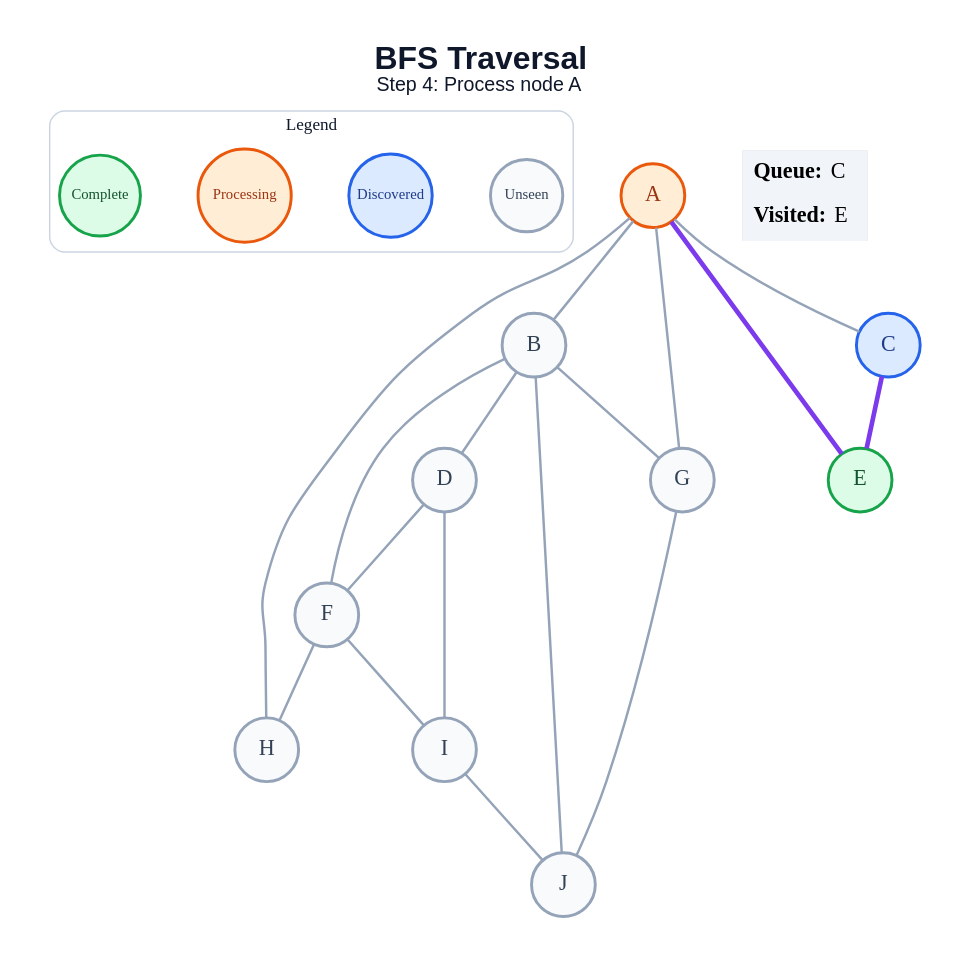
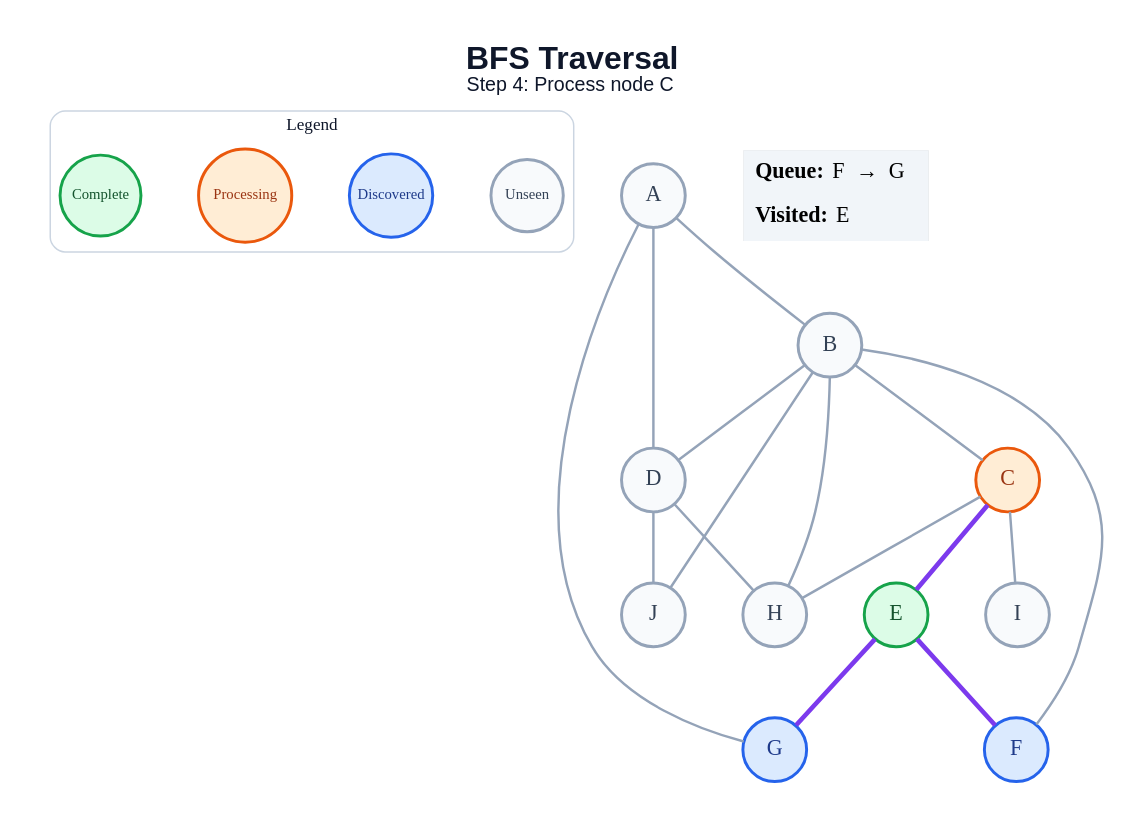
The diagram in generated/specific-node/bfs/step_04.dot (amanghodawala9/ai-slop), drawn with Graphviz before and after one commit. The commit also changed 178 other files, not shown here.

```diff
--- a/generated/specific-node/bfs/step_04.dot
+++ b/generated/specific-node/bfs/step_04.dot
@@ -1,45 +1,44 @@
 graph traversal {
   graph [layout=dot, rankdir=TB, bgcolor="#FFFFFF", pad="0.35", nodesep="0.65", ranksep="0.8", fontname="Arial"];
   node [shape=circle, style="filled", fontname="Arial Bold", fontsize=18, width=0.72, fixedsize=true, penwidth=2.4];
   edge [color="#94A3B8", penwidth=2.0];
-  label=<<B>BFS Traversal</B><BR/><FONT POINT-SIZE="16">Step 4: Process node A</FONT>>; labelloc="t"; fontsize=26; fontname="Arial"; fontcolor="#0F172A";
+  label=<<B>BFS Traversal</B><BR/><FONT POINT-SIZE="16">Step 4: Process node C</FONT>>; labelloc="t"; fontsize=26; fontname="Arial"; fontcolor="#0F172A";
   subgraph cluster_legend { label="Legend"; color="#CBD5E1"; penwidth=1.2; style="rounded"; fontsize=14; fontname="Arial Bold";
     key_unseen [label="Unseen", fillcolor="#F8FAFC", color="#94A3B8", fontcolor="#334155", fontsize=12, width=0.82];
     key_frontier [label="Discovered", fillcolor="#DBEAFE", color="#2563EB", fontcolor="#1E3A8A", fontsize=12, width=0.95];
     key_current [label="Processing", fillcolor="#FFEDD5", color="#EA580C", fontcolor="#9A3412", fontsize=12, width=1.05];
     key_done [label="Complete", fillcolor="#DCFCE7", color="#16A34A", fontcolor="#14532D", fontsize=12, width=0.92];
     { rank=same; key_unseen; key_frontier; key_current; key_done; }
   }
-  A [fillcolor="#FFEDD5", color="#EA580C", fontcolor="#9A3412"];
+  A [fillcolor="#F8FAFC", color="#94A3B8", fontcolor="#334155"];
   B [fillcolor="#F8FAFC", color="#94A3B8", fontcolor="#334155"];
-  C [fillcolor="#DBEAFE", color="#2563EB", fontcolor="#1E3A8A"];
+  C [fillcolor="#FFEDD5", color="#EA580C", fontcolor="#9A3412"];
   D [fillcolor="#F8FAFC", color="#94A3B8", fontcolor="#334155"];
   E [fillcolor="#DCFCE7", color="#16A34A", fontcolor="#14532D"];
-  F [fillcolor="#F8FAFC", color="#94A3B8", fontcolor="#334155"];
-  G [fillcolor="#F8FAFC", color="#94A3B8", fontcolor="#334155"];
+  F [fillcolor="#DBEAFE", color="#2563EB", fontcolor="#1E3A8A"];
+  G [fillcolor="#DBEAFE", color="#2563EB", fontcolor="#1E3A8A"];
   H [fillcolor="#F8FAFC", color="#94A3B8", fontcolor="#334155"];
   I [fillcolor="#F8FAFC", color="#94A3B8", fontcolor="#334155"];
   J [fillcolor="#F8FAFC", color="#94A3B8", fontcolor="#334155"];
   A -- B;
-  A -- C;
-  A -- E [color="#7C3AED", penwidth=3.8];
+  A -- D;
   A -- G;
-  A -- H;
+  B -- C;
   B -- D;
   B -- F;
-  B -- G;
+  B -- H;
   B -- J;
   C -- E [color="#7C3AED", penwidth=3.8];
-  D -- F;
-  D -- I;
-  F -- H;
-  F -- I;
-  G -- J;
-  I -- J;
+  C -- H;
+  C -- I;
+  D -- H;
+  D -- J;
+  E -- F [color="#7C3AED", penwidth=3.8];
+  E -- G [color="#7C3AED", penwidth=3.8];
   status [shape=plain, fixedsize=false, width=0, height=0, margin=0, label=<
     <TABLE BORDER="0" CELLBORDER="0" CELLPADDING="7" BGCOLOR="#F1F5F9">
-      <TR><TD ALIGN="LEFT"><B>Queue:</B> C</TD></TR>
+      <TR><TD ALIGN="LEFT"><B>Queue:</B> F  →  G</TD></TR>
       <TR><TD ALIGN="LEFT"><B>Visited:</B> E</TD></TR>
     </TABLE>
   >];
 }
```
